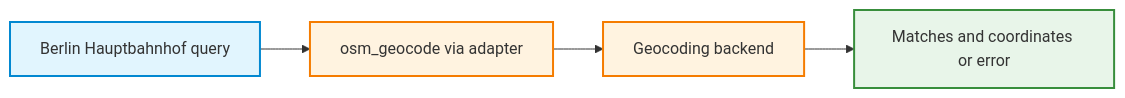
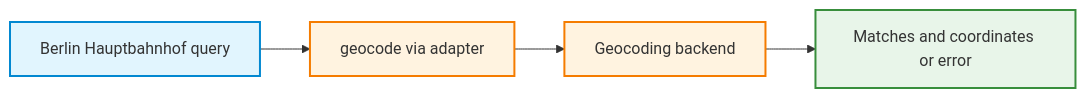
The third of 7 diagrams in material/activity2a.md (AI-Learning-Repo/Neural-Network-Project), drawn with Mermaid before and after one commit. The commit also changed other lines of this file and 1 other file, not shown here.

````diff
--- a/material/activity2a.md
+++ b/material/activity2a.md
@@ -424,9 +479,9 @@
 ```mermaid
 flowchart LR
     classDef input fill:#e1f5fe,stroke:#0288d1,stroke-width:2px;
     classDef process fill:#fff3e0,stroke:#f57c00,stroke-width:2px;
     classDef output fill:#e8f5e9,stroke:#388e3c,stroke-width:2px;
-    query["Berlin Hauptbahnhof query"]:::input --> tool["osm_geocode via adapter"]:::process
+    query["Berlin Hauptbahnhof query"]:::input --> tool["geocode via adapter"]:::process
     tool --> backend["Geocoding backend"]:::process
     backend --> result["Matches and coordinates or error"]:::output
 ```
````
